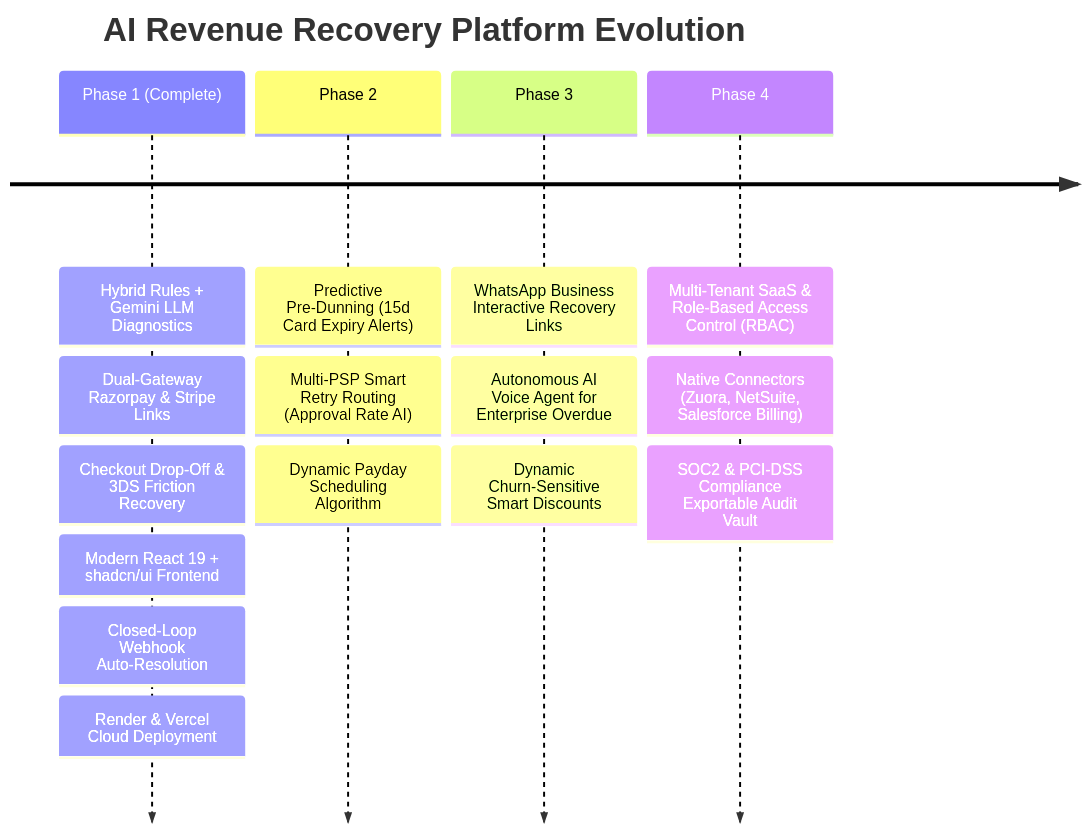
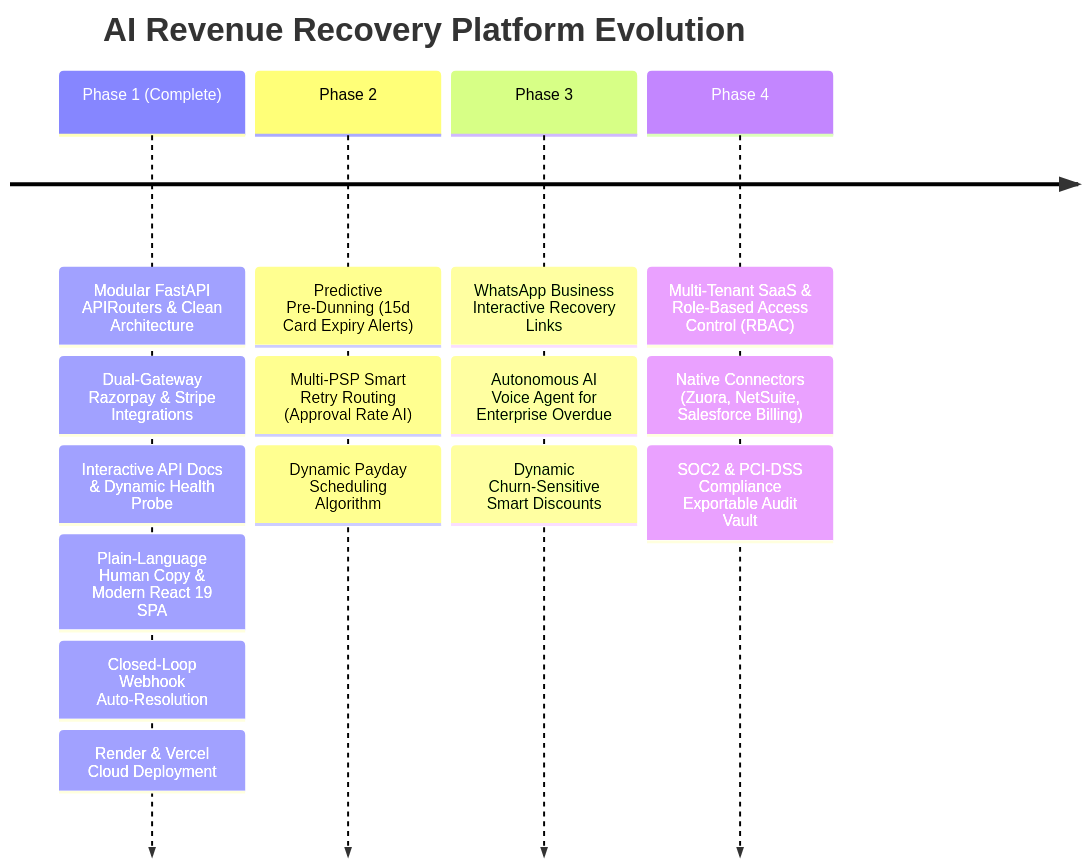
One commit to awejofficial/ai-revenue-v1 changed the second of 2 diagrams in README.md. Above: the diagram before and after it, drawn with Mermaid. The commit also changed other lines of this file and 31 other files, not shown here.

````diff
--- a/README.md
+++ b/README.md
@@ -494,19 +537,19 @@
 ```mermaid
 timeline
     title AI Revenue Recovery Platform Evolution
-    Phase 1 (Complete) : Hybrid Rules + Gemini LLM Diagnostics
-            : Dual-Gateway Razorpay & Stripe Links
-            : Checkout Drop-Off & 3DS Friction Recovery
-            : Modern React 19 + shadcn/ui Frontend
+    Phase 1 (Complete) : Modular FastAPI APIRouters & Clean Architecture
+            : Dual-Gateway Razorpay & Stripe Integrations
+            : Interactive API Docs & Dynamic Health Probe
+            : Plain-Language Human Copy & Modern React 19 SPA
             : Closed-Loop Webhook Auto-Resolution
             : Render & Vercel Cloud Deployment
     Phase 2 : Predictive Pre-Dunning (15d Card Expiry Alerts)
             : Multi-PSP Smart Retry Routing (Approval Rate AI)
             : Dynamic Payday Scheduling Algorithm
     Phase 3 : WhatsApp Business Interactive Recovery Links
             : Autonomous AI Voice Agent for Enterprise Overdue
             : Dynamic Churn-Sensitive Smart Discounts
     Phase 4 : Multi-Tenant SaaS & Role-Based Access Control (RBAC)
             : Native Connectors (Zuora, NetSuite, Salesforce Billing)
             : SOC2 & PCI-DSS Compliance Exportable Audit Vault
 ```
````
